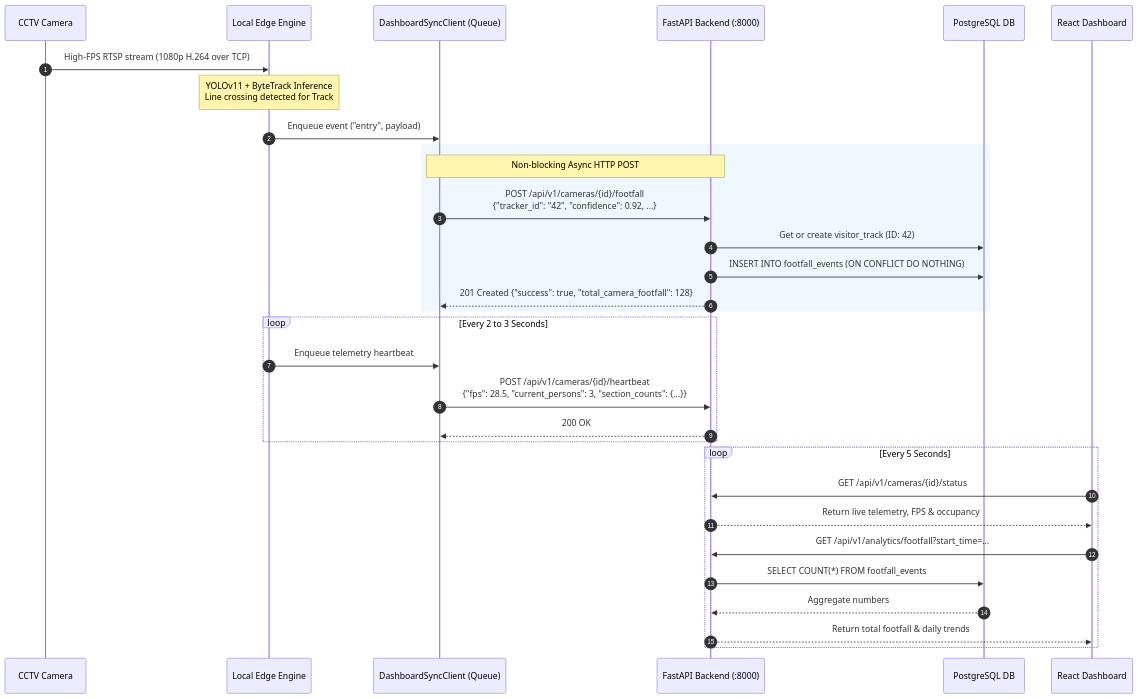
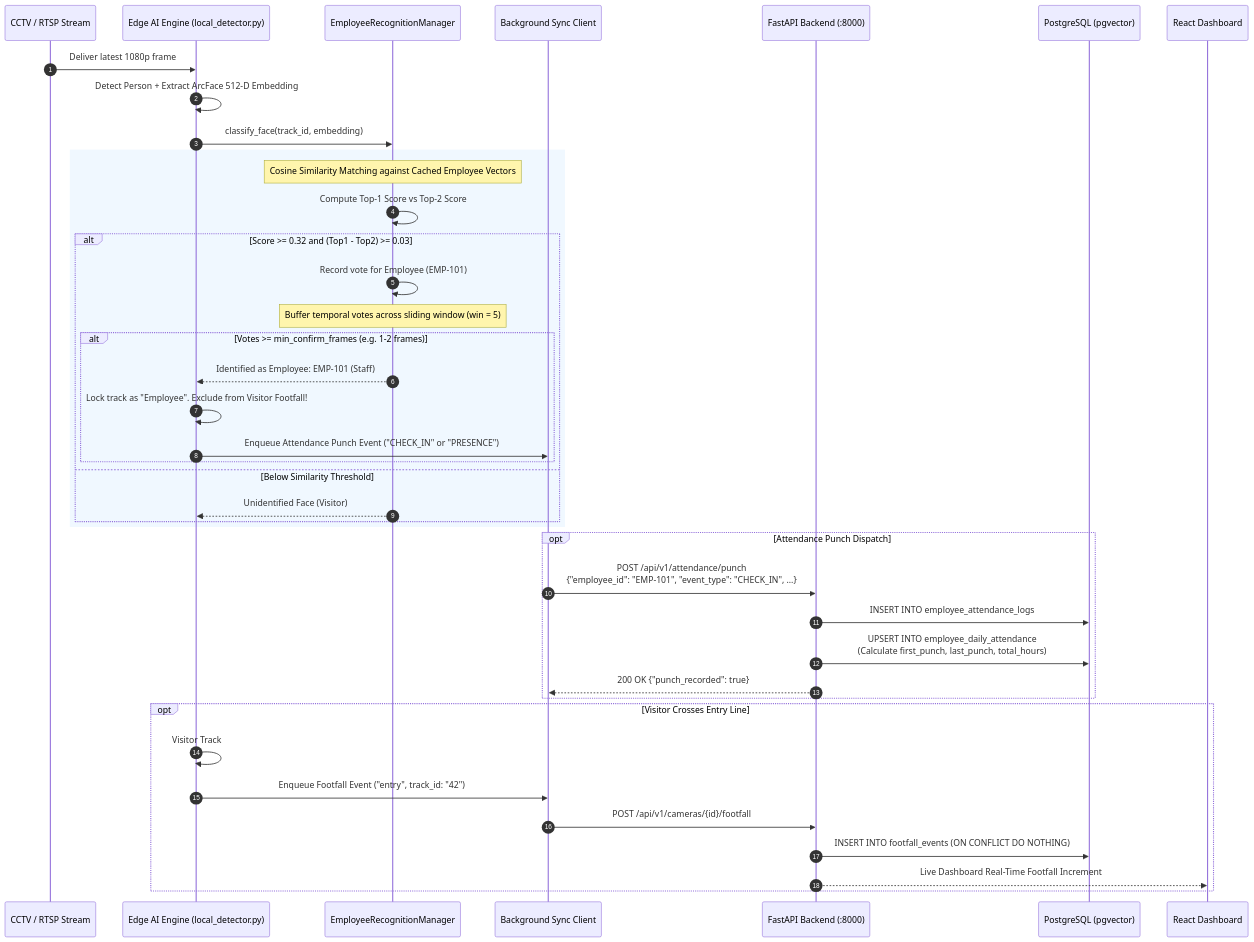
Before and after one commit to sujitctpl/jms-tech: the second of 4 diagrams in flow.md, drawn with Mermaid. The commit also changed other lines of this file and 2 other files, not shown here.

Commit message:
updated readme and flow.md files

````diff
--- a/flow.md
+++ b/flow.md
@@ -130,37 +105,46 @@
 ```mermaid
 sequenceDiagram
     autonumber
-    participant Cam as CCTV Camera
-    participant Edge as Local Edge Engine
-    participant Client as DashboardSyncClient (Queue)
+    participant Cam as CCTV / RTSP Stream
+    participant Edge as Edge AI Engine (local_detector.py)
+    participant Classifier as EmployeeRecognitionManager
+    participant Sync as Background Sync Client
     participant API as FastAPI Backend (:8000)
-    participant DB as PostgreSQL DB
+    participant DB as PostgreSQL (pgvector)
     participant UI as React Dashboard
 
-    Cam->>Edge: High-FPS RTSP stream (1080p H.264 over TCP)
-    Note over Edge: YOLOv11 + ByteTrack Inference<br/>Line crossing detected for Track #42
-    Edge->>Client: Enqueue event ("entry", payload)
+    Cam->>Edge: Deliver latest 1080p frame
+    Edge->>Edge: Detect Person + Extract ArcFace 512-D Embedding
+    Edge->>Classifier: classify_face(track_id, embedding)
     
     rect rgb(240, 248, 255)
-    Note over Client,API: Non-blocking Async HTTP POST
-    Client->>API: POST /api/v1/cameras/{id}/footfall<br/>{"tracker_id": "42", "confidence": 0.92, ...}
-    API->>DB: Get or create visitor_track (ID: 42)
-    API->>DB: INSERT INTO footfall_events (ON CONFLICT DO NOTHING)
-    API-->>Client: 201 Created {"success": true, "total_camera_footfall": 128}
+    Note over Classifier: Cosine Similarity Matching against Cached Employee Vectors
+    Classifier->>Classifier: Compute Top-1 Score vs Top-2 Score
+    alt Score >= 0.32 and (Top1 - Top2) >= 0.03
+        Classifier->>Classifier: Record vote for Employee (EMP-101)
+        Note over Classifier: Buffer temporal votes across sliding window (win = 5)
+        alt Votes >= min_confirm_frames (e.g. 1-2 frames)
+            Classifier-->>Edge: Identified as Employee: EMP-101 (Staff)
+            Edge->>Edge: Lock track as "Employee". Exclude from Visitor Footfall!
+            Edge->>Sync: Enqueue Attendance Punch Event ("CHECK_IN" or "PRESENCE")
+        end
+    else Below Similarity Threshold
+        Classifier-->>Edge: Unidentified Face (Visitor)
+    end
     end
 
-    loop Every 2 to 3 Seconds
-        Edge->>Client: Enqueue telemetry heartbeat
-        Client->>API: POST /api/v1/cameras/{id}/heartbeat<br/>{"fps": 28.5, "current_persons": 3, "section_counts": {...}}
-        API-->>Client: 200 OK
+    opt Attendance Punch Dispatch
+        Sync->>API: POST /api/v1/attendance/punch<br/>{"employee_id": "EMP-101", "event_type": "CHECK_IN", ...}
+        API->>DB: INSERT INTO employee_attendance_logs
+        API->>DB: UPSERT INTO employee_daily_attendance<br/>(Calculate first_punch, last_punch, total_hours)
+        API-->>Sync: 200 OK {"punch_recorded": true}
     end
 
-    loop Every 5 Seconds
-        UI->>API: GET /api/v1/cameras/{id}/status
-        API-->>UI: Return live telemetry, FPS & occupancy
-        UI->>API: GET /api/v1/analytics/footfall?start_time=...
-        API->>DB: SELECT COUNT(*) FROM footfall_events
-        DB-->>API: Aggregate numbers
-        API-->>UI: Return total footfall & daily trends
+    opt Visitor Crosses Entry Line
+        Edge->>Edge: Visitor Track #42 crosses virtual line
+        Edge->>Sync: Enqueue Footfall Event ("entry", track_id: "42")
+        Sync->>API: POST /api/v1/cameras/{id}/footfall
+        API->>DB: INSERT INTO footfall_events (ON CONFLICT DO NOTHING)
+        API-->>UI: Live Dashboard Real-Time Footfall Increment
     end
 ```
````
